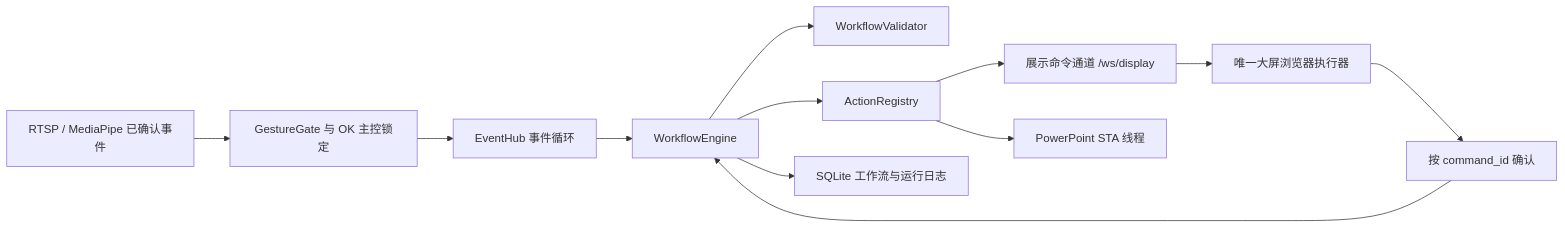
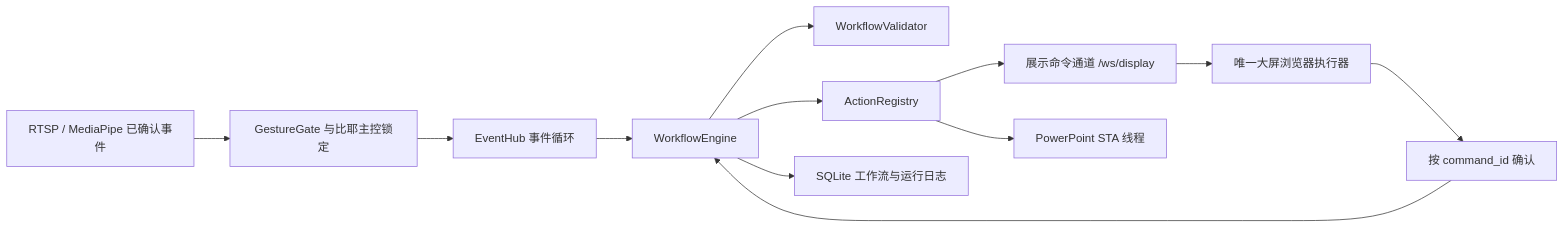
Before and after one commit to seele0413/gesture-recognition: the diagram in WORKFLOWS.md, drawn with Mermaid. The commit also changed other lines of this file, not shown here.

Commit message:
docs: update workflow controller lock trigger

````diff
--- a/WORKFLOWS.md
+++ b/WORKFLOWS.md
@@ -5,14 +5,14 @@
 ```mermaid
 flowchart LR
-  A[RTSP / MediaPipe 已确认事件] --> B[GestureGate 与 OK 主控锁定]
+  A[RTSP / MediaPipe 已确认事件] --> B[GestureGate 与比耶主控锁定]
   B --> C[EventHub 事件循环]
   C --> D[WorkflowEngine]
   D --> E[WorkflowValidator]
   D --> F[ActionRegistry]
   F --> G[展示命令通道 /ws/display]
   G --> H[唯一大屏浏览器执行器]
   F --> I[PowerPoint STA 线程]
   D --> J[SQLite 工作流与运行日志]
   H --> K[按 command_id 确认]
   K --> D
 ```
````
